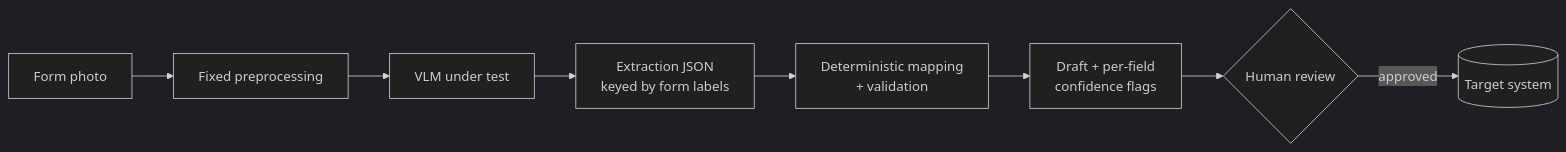
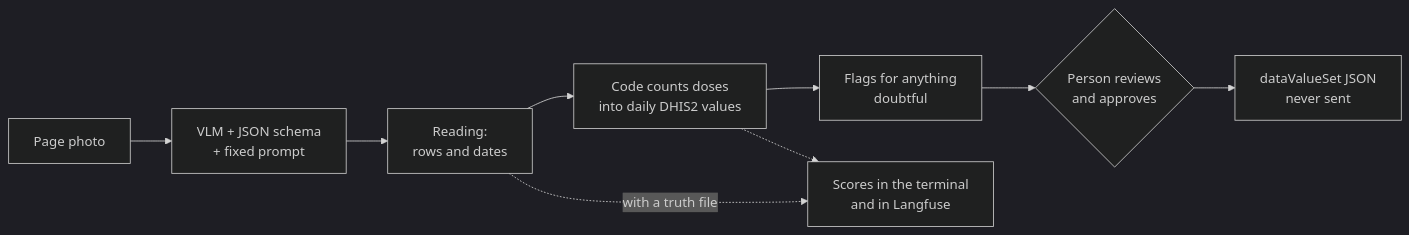
One commit to tibendadavis/handwritten-forms-vlm-bench changed the diagram in README.md. Above: the diagram before and after it, drawn with Mermaid (dark theme). The commit also changed other lines of this file and 7 other files, not shown here.

````diff
--- a/README.md
+++ b/README.md
@@ -25,10 +11,11 @@
 ```mermaid
 flowchart LR
-    A[Form photo] --> B[Fixed preprocessing]
-    B --> C[VLM under test]
-    C --> D[Extraction JSON<br/>keyed by form labels]
-    D --> E[Deterministic mapping<br/>+ validation]
-    E --> F[Draft + per-field<br/>confidence flags]
-    F --> G{Human review}
-    G -->|approved| H[(Target system)]
+    A[Page photo] --> B[VLM + JSON schema<br/>+ fixed prompt]
+    B --> C[Reading:<br/>rows and dates]
+    C --> D[Code counts doses<br/>into daily DHIS2 values]
+    D --> E[Flags for anything<br/>doubtful]
+    E --> F{Person reviews<br/>and approves}
+    F --> G[dataValueSet JSON<br/>never sent]
+    C -.with a truth file.-> S[Scores in the terminal<br/>and in Langfuse]
+    D -.-> S
 ```
````
